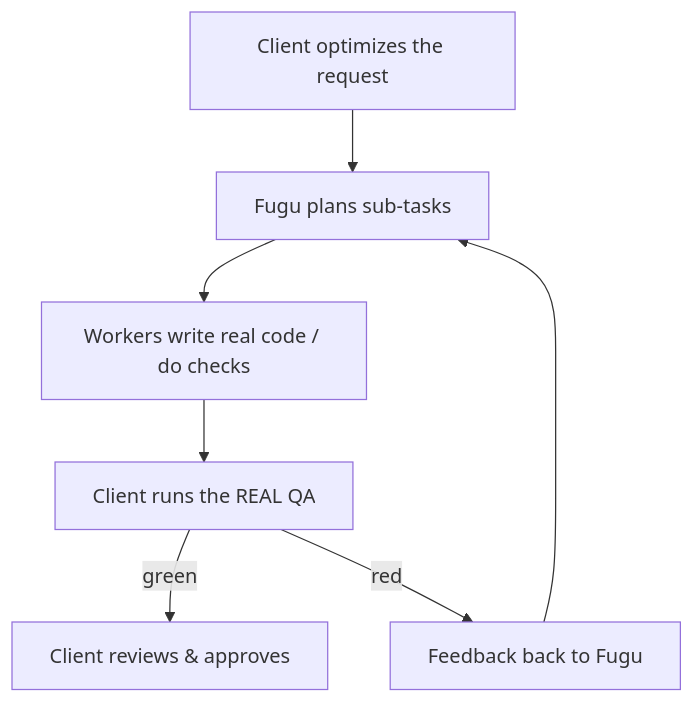
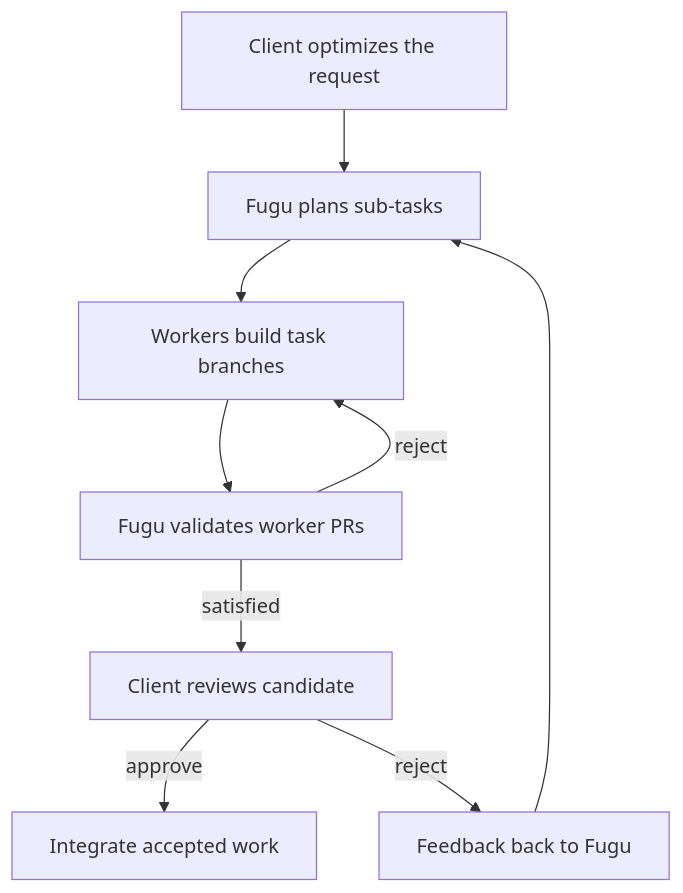
The second of 2 diagrams in GUIDE.md (hartou/agent-pipeline), drawn with Mermaid before and after one commit. The commit also changed other lines of this file and 7 other files, not shown here.

````diff
--- a/GUIDE.md
+++ b/GUIDE.md
@@ -58,9 +58,11 @@
 ```mermaid
 flowchart TD
     A["Client optimizes the request"] --> B["Fugu plans sub-tasks"]
-    B --> C["Workers write real code / do checks"]
-    C --> D["Client runs the REAL QA"]
-    D -->|green| E["Client reviews & approves"]
-    D -->|red| F["Feedback back to Fugu"]
+    B --> C["Workers build task branches"]
+    C --> D["Fugu validates worker PRs"]
+    D -->|reject| C
+    D -->|satisfied| E["Client reviews candidate"]
+    E -->|approve| G["Integrate accepted work"]
+    E -->|reject| F["Feedback back to Fugu"]
     F --> B
 ```
````
